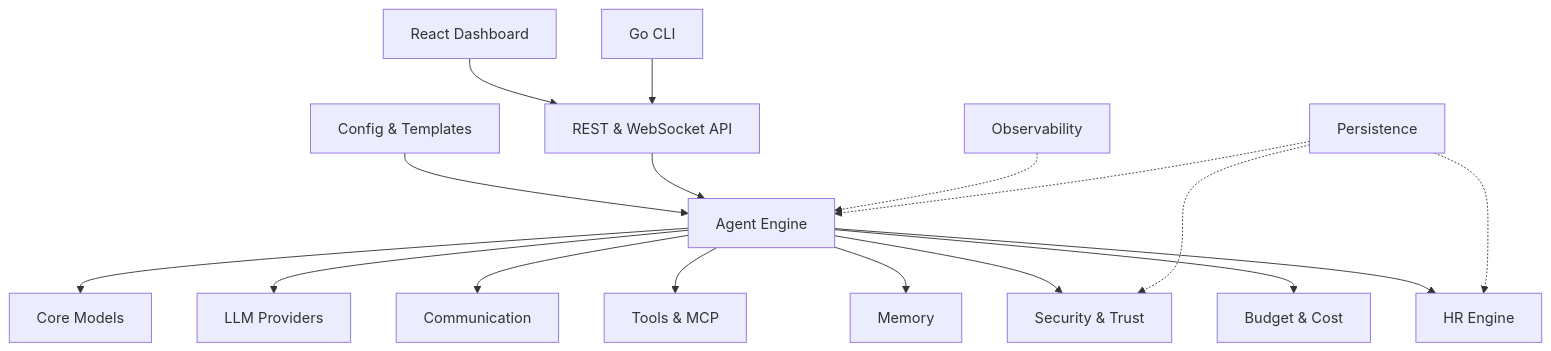
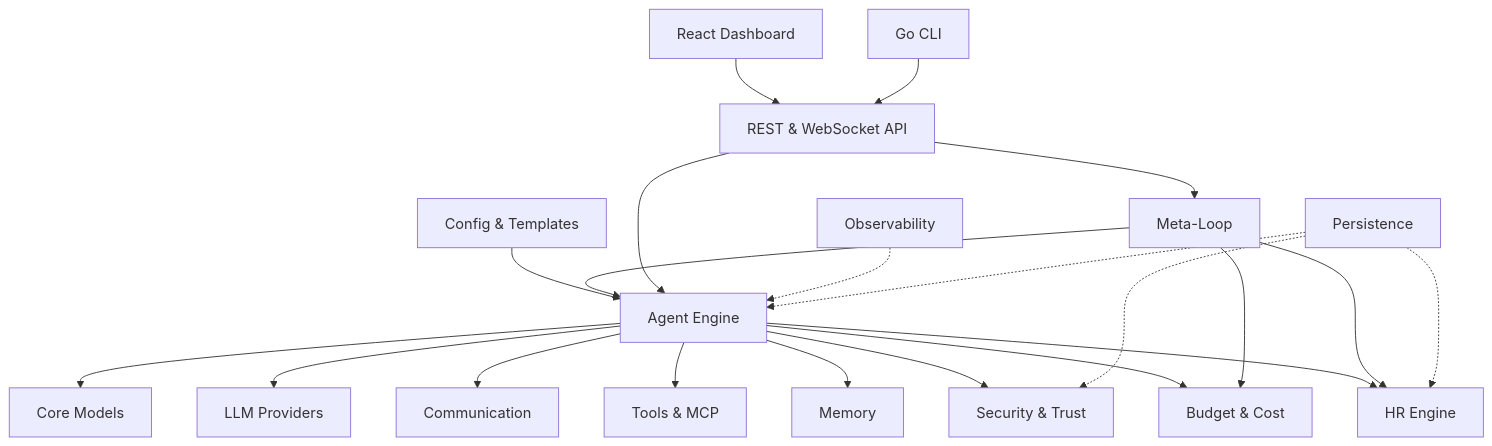
Before and after one commit to Aureliolo/ai-company: the diagram in README.md, drawn with Mermaid. The commit also changed other lines of this file and 28 other files, not shown here.

````diff
--- a/README.md
+++ b/README.md
@@ -109,19 +111,23 @@
 ```mermaid
 graph TB
     Config[Config & Templates] --> Engine[Agent Engine]
     Engine --> Core[Core Models]
     Engine --> Providers[LLM Providers]
     Engine --> Communication[Communication]
     Engine --> Tools[Tools & MCP]
     Engine --> Memory[Memory]
     Engine --> Security[Security & Trust]
     Engine --> Budget[Budget & Cost]
     Engine --> HR[HR Engine]
+    Meta[Meta-Loop] --> Engine
+    Meta --> HR
+    Meta --> Budget
     API[REST & WebSocket API] --> Engine
+    API --> Meta
     Dashboard[React Dashboard] --> API
     CLI[Go CLI] --> API
     Observability[Observability] -.-> Engine
     Persistence[Persistence] -.-> HR
     Persistence -.-> Security
     Persistence -.-> Engine
 ```
````
